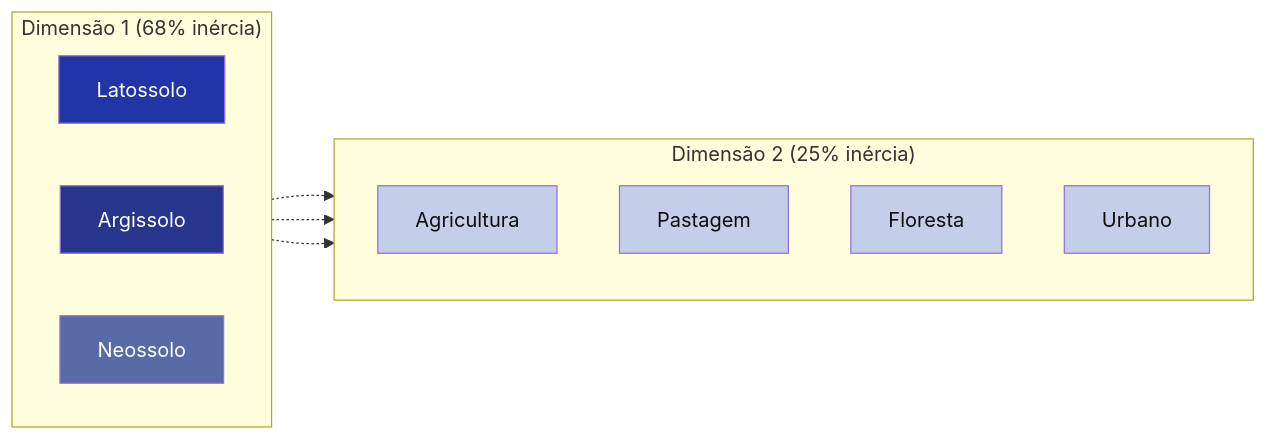
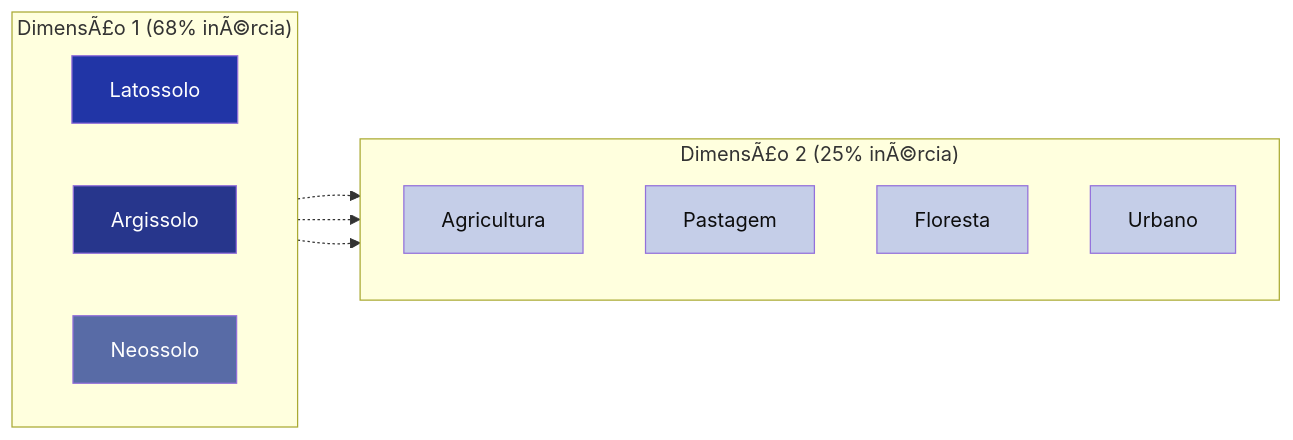
One commit to ldvsantos/cv changed the third of 3 diagrams in aulas/analise_dados_ambientais/aulas/16_associacao_dependencia/associacao_dependencia.qmd. Above: the diagram before and after it, drawn with Mermaid. The commit also changed other lines of this file and 245 other files, not shown here.

````diff
--- a/aulas/analise_dados_ambientais/aulas/16_associacao_dependencia/associacao_dependencia.qmd
+++ b/aulas/analise_dados_ambientais/aulas/16_associacao_dependencia/associacao_dependencia.qmd
@@ -323,27 +323,27 @@
 ```{mermaid}
 %%| fig-width: 10
 graph LR
-  subgraph " Dimensão 1 (68% inércia)"
+  subgraph " DimensÃ£o 1 (68% inÃ©rcia)"
     direction LR
     L["Latossolo"]
     A["Argissolo"]
     N["Neossolo"]
   end
-  subgraph " Dimensão 2 (25% inércia)"
+  subgraph " DimensÃ£o 2 (25% inÃ©rcia)"
     direction TB
     AG["Agricultura"]
     PA["Pastagem"]
     FL["Floresta"]
     UR["Urbano"]
   end
   L -.-> AG
   A -.-> PA
   N -.-> FL
   style L fill:#2135A6,color:#fff
   style A fill:#27368C,color:#fff
   style N fill:#586BA6,color:#fff
   style AG fill:#C5CEE8,color:#0D0D0D
   style PA fill:#C5CEE8,color:#0D0D0D
   style FL fill:#C5CEE8,color:#0D0D0D
   style UR fill:#C5CEE8,color:#0D0D0D
 ```
````
